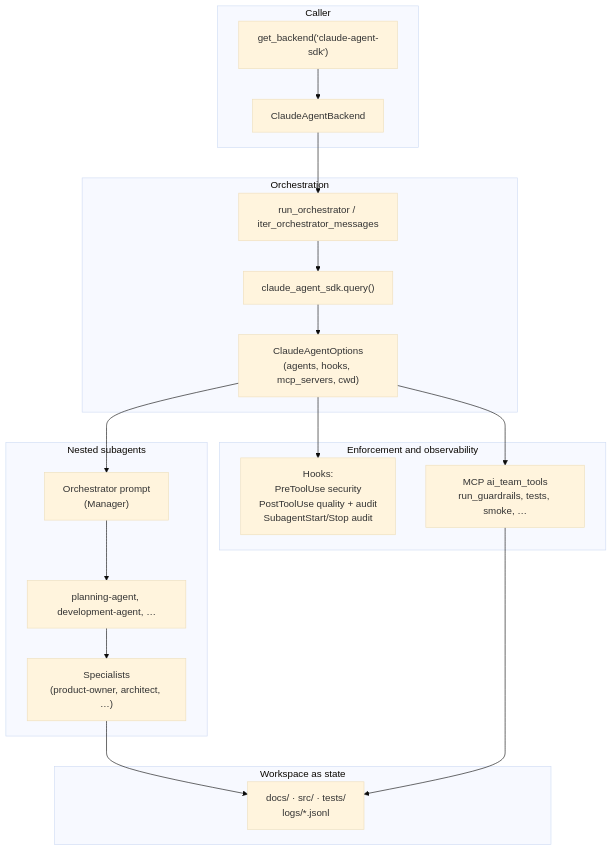
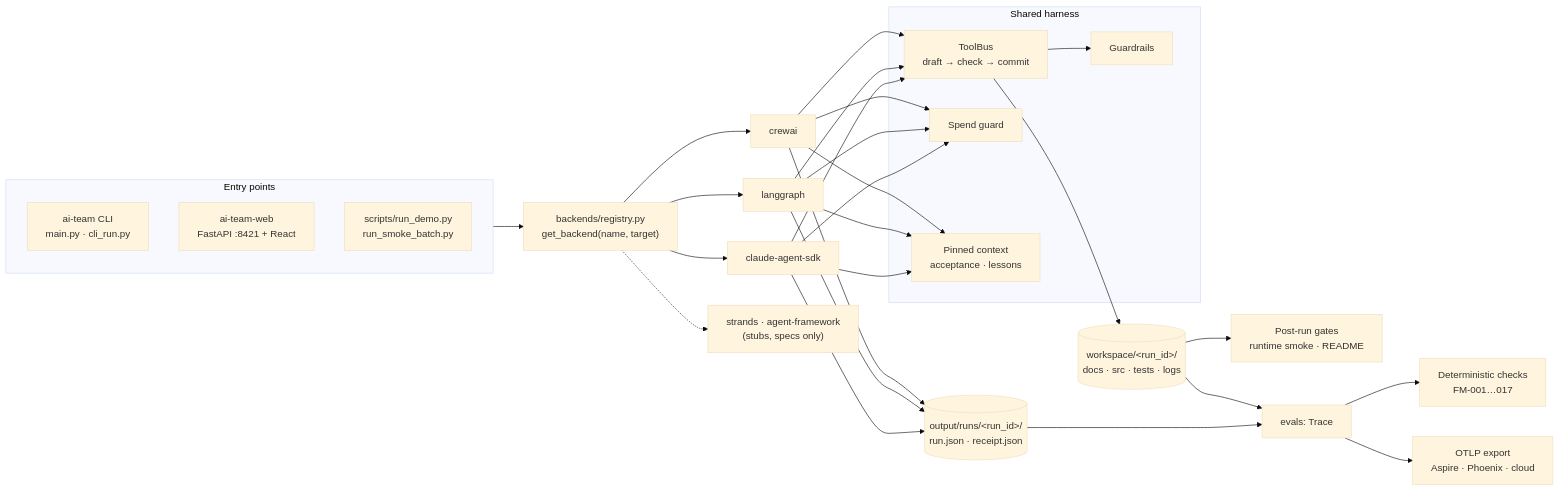
One commit to RickZee/ai-team changed the first of 11 diagrams in docs/ARCHITECTURE.md. Above: the diagram before and after it, drawn with Mermaid (base theme). The commit also changed other lines of this file and 26 other files, not shown here.

````diff
--- a/docs/ARCHITECTURE.md
+++ b/docs/ARCHITECTURE.md
@@ -115,36 +28,29 @@
 ```mermaid
-flowchart TB
-  subgraph entry [Caller]
-    REG["get_backend('claude-agent-sdk')"]
-    BE["ClaudeAgentBackend"]
-  end
-
-  subgraph orch [Orchestration]
-    RO["run_orchestrator / iter_orchestrator_messages"]
-    Q["claude_agent_sdk.query()"]
-    OPT["ClaudeAgentOptions<br/>(agents, hooks, mcp_servers, cwd)"]
-  end
-
-  subgraph nested [Nested subagents]
-    OA["Orchestrator prompt<br/>(Manager)"]
-    PA["planning-agent, development-agent, …"]
-    SP["Specialists<br/>(product-owner, architect, …)"]
-  end
-
-  subgraph sidecar [Enforcement and observability]
-    H["Hooks:<br/>PreToolUse security<br/>PostToolUse quality + audit<br/>SubagentStart/Stop audit"]
-    MCP["MCP ai_team_tools<br/>run_guardrails, tests, smoke, …"]
-  end
-
-  subgraph fs [Workspace as state]
-    W["docs/ · src/ · tests/<br/>logs/*.jsonl"]
-  end
-
-  REG --> BE --> RO --> Q
-  Q --> OPT
-  OPT --> OA --> PA --> SP
-  SP --> W
-  OPT --> H
-  OPT --> MCP
-  MCP --> W
+flowchart LR
+    subgraph entry["Entry points"]
+        cli["ai-team CLI<br/>main.py · cli_run.py"]
+        web["ai-team-web<br/>FastAPI :8421 + React"]
+        scripts["scripts/run_demo.py<br/>run_smoke_batch.py"]
+    end
+    entry --> reg["backends/registry.py<br/>get_backend(name, target)"]
+    reg --> cr["crewai"]
+    reg --> lg["langgraph"]
+    reg --> sdk["claude-agent-sdk"]
+    reg -.-> stub["strands · agent-framework<br/>(stubs, specs only)"]
+    subgraph harness["Shared harness"]
+        bus["ToolBus<br/>draft → check → commit"]
+        guard["Guardrails"]
+        spend["Spend guard"]
+        ctx["Pinned context<br/>acceptance · lessons"]
+    end
+    cr & lg & sdk --> bus
+    cr & lg & sdk --> spend
+    cr & lg & sdk --> ctx
+    bus --> guard
+    bus --> ws[("workspace/&lt;run_id&gt;/<br/>docs · src · tests · logs")]
+    cr & lg & sdk --> bundle[("output/runs/&lt;run_id&gt;/<br/>run.json · receipt.json")]
+    ws --> post["Post-run gates<br/>runtime smoke · README"]
+    ws & bundle --> trace["evals: Trace"]
+    trace --> checks["Deterministic checks<br/>FM-001…017"]
+    trace --> otlp["OTLP export<br/>Aspire · Phoenix · cloud"]
 ```
````
